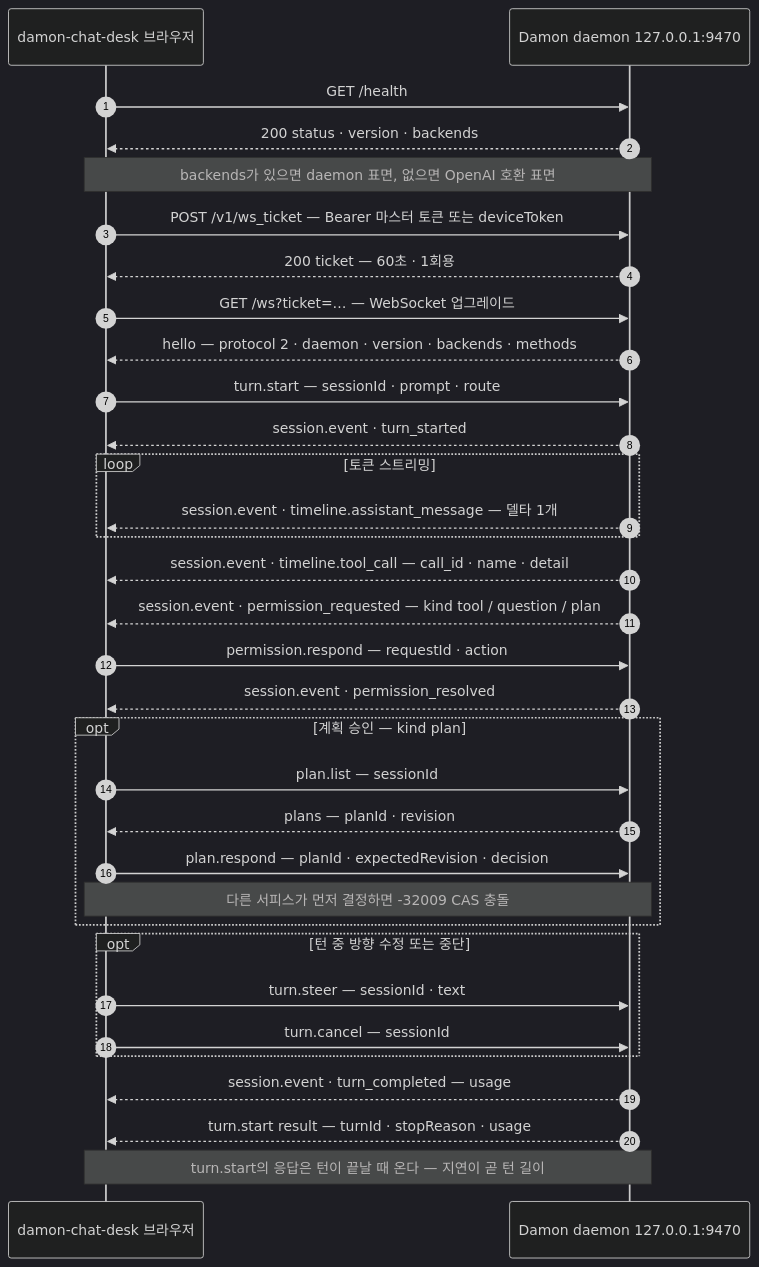
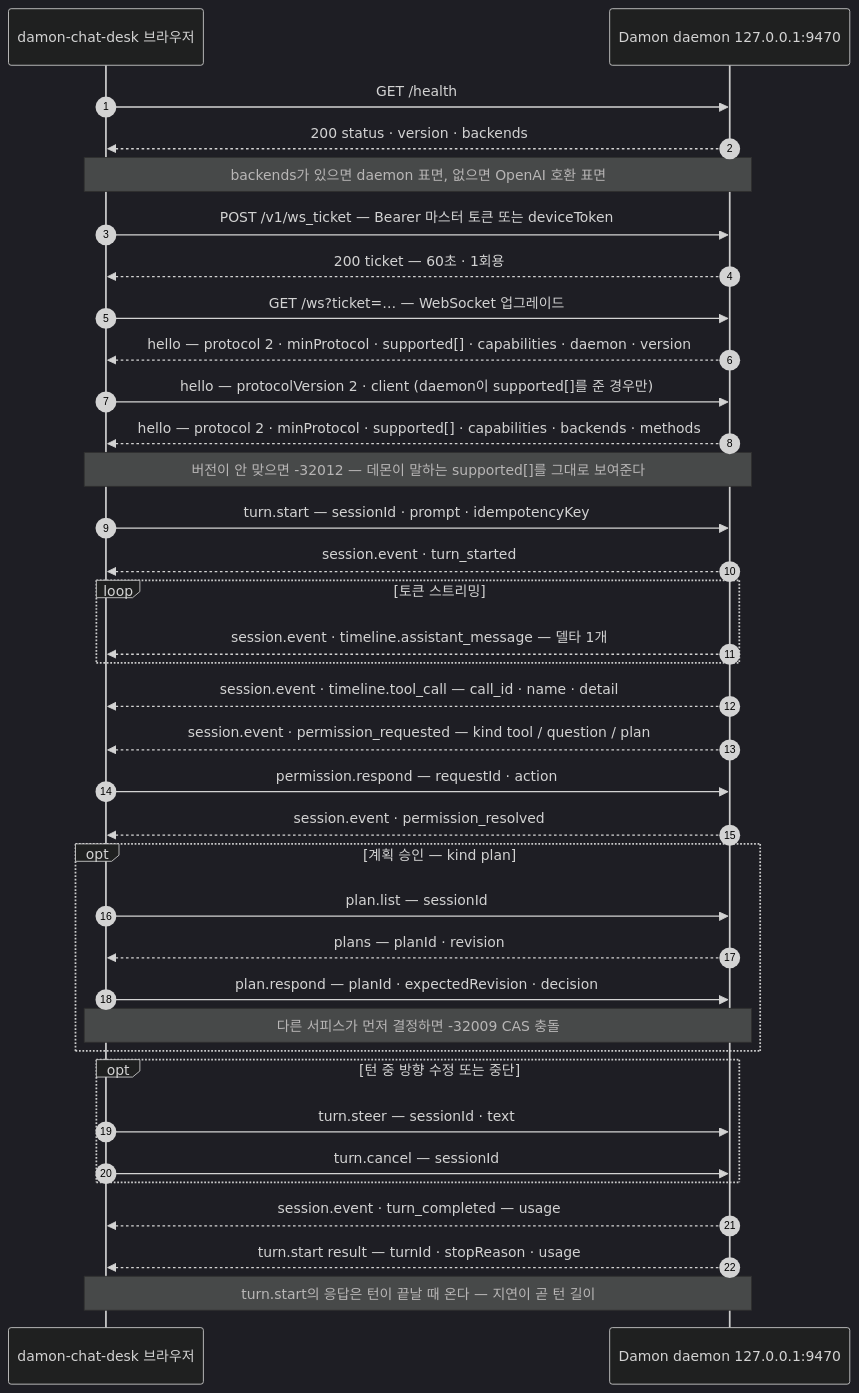
One commit to developjik/damon-chat-desk changed the diagram in README.md. Above: the diagram before and after it, drawn with Mermaid (dark theme). The commit also changed other lines of this file and 16 other files, not shown here.

First line of the commit message:
feat(protocol): adopt v2 delivery honesty, keyed turns and version negotiation

````diff
--- a/README.md
+++ b/README.md
@@ -36,36 +36,39 @@
 ```mermaid
 sequenceDiagram
     autonumber
     participant UI as damon-chat-desk 브라우저
     participant D as Damon daemon 127.0.0.1:9470
 
     UI->>D: GET /health
     D-->>UI: 200 status · version · backends
     Note over UI,D: backends가 있으면 daemon 표면, 없으면 OpenAI 호환 표면
     UI->>D: POST /v1/ws_ticket — Bearer 마스터 토큰 또는 deviceToken
     D-->>UI: 200 ticket — 60초 · 1회용
     UI->>D: GET /ws?ticket=… — WebSocket 업그레이드
-    D-->>UI: hello — protocol 2 · daemon · version · backends · methods
-    UI->>D: turn.start — sessionId · prompt · route
+    D-->>UI: hello — protocol 2 · minProtocol · supported[] · capabilities · daemon · version
+    UI->>D: hello — protocolVersion 2 · client (daemon이 supported[]를 준 경우만)
+    D-->>UI: hello — protocol 2 · minProtocol · supported[] · capabilities · backends · methods
+    Note over UI,D: 버전이 안 맞으면 -32012 — 데몬이 말하는 supported[]를 그대로 보여준다
+    UI->>D: turn.start — sessionId · prompt · idempotencyKey
     D-->>UI: session.event · turn_started
     loop 토큰 스트리밍
         D-->>UI: session.event · timeline.assistant_message — 델타 1개
     end
     D-->>UI: session.event · timeline.tool_call — call_id · name · detail
     D-->>UI: session.event · permission_requested — kind tool / question / plan
     UI->>D: permission.respond — requestId · action
     D-->>UI: session.event · permission_resolved
     opt 계획 승인 — kind plan
         UI->>D: plan.list — sessionId
         D-->>UI: plans — planId · revision
         UI->>D: plan.respond — planId · expectedRevision · decision
         Note over UI,D: 다른 서피스가 먼저 결정하면 -32009 CAS 충돌
     end
     opt 턴 중 방향 수정 또는 중단
         UI->>D: turn.steer — sessionId · text
         UI->>D: turn.cancel — sessionId
     end
     D-->>UI: session.event · turn_completed — usage
     D-->>UI: turn.start result — turnId · stopReason · usage
     Note over UI,D: turn.start의 응답은 턴이 끝날 때 온다 — 지연이 곧 턴 길이
 ```
````
